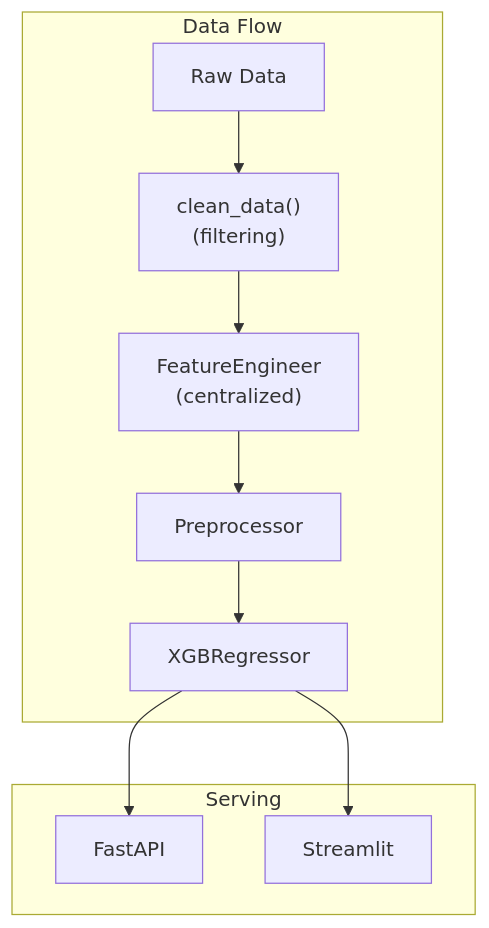
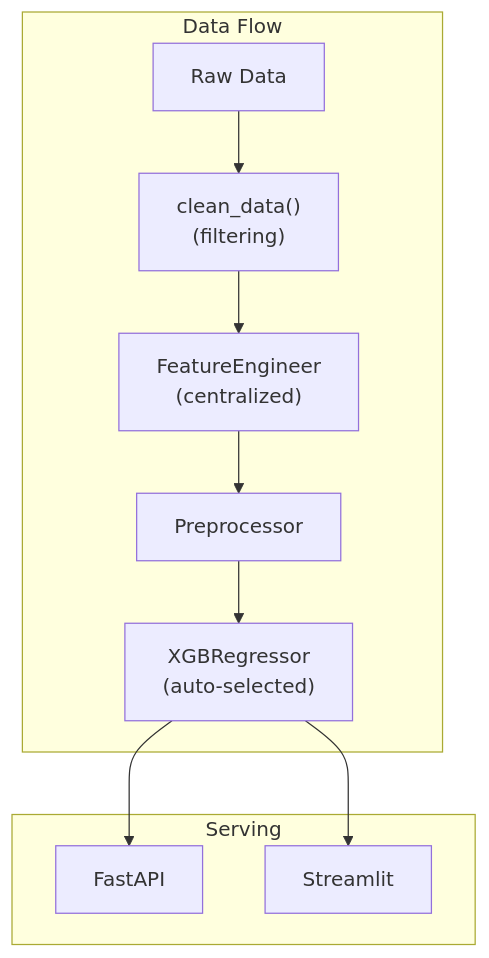
Before and after one commit to DuqueOM/ML-MLOps-Portfolio: the second of 2 diagrams in docs/projects/carvision.md, drawn with Mermaid. The commit also changed other lines of this file and 16 other files, not shown here.

````diff
--- a/docs/projects/carvision.md
+++ b/docs/projects/carvision.md
@@ -137,14 +137,14 @@
 ```mermaid
 graph TB
     subgraph "Data Flow"
         CSV["Raw Data"] --> CLEAN["clean_data()<br/>(filtering)"]
         CLEAN --> FEAT["FeatureEngineer<br/>(centralized)"]
         FEAT --> PREP["Preprocessor"]
-        PREP --> MODEL["XGBRegressor"]
+        PREP --> MODEL["XGBRegressor<br/>(auto-selected)"]
     end
 
     subgraph "Serving"
         MODEL --> API["FastAPI"]
         MODEL --> DASH["Streamlit"]
     end
 ```
````
